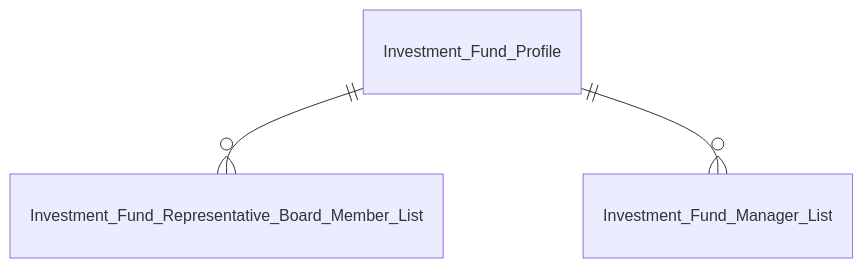
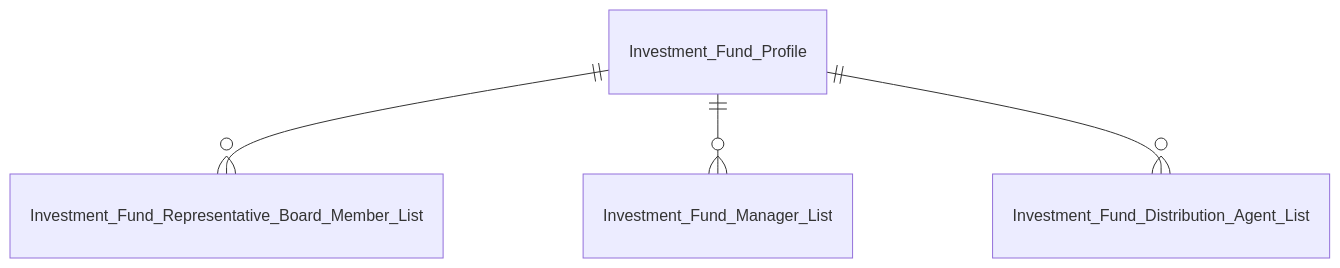
Before and after one commit to linhlvit/ubck_atomic_design: the fifth of 9 diagrams in Datamart/hld/DTM_QLQ_Entities.md, drawn with Mermaid. The commit also changed other lines of this file and 17 other files, not shown here.

````diff
--- a/Datamart/hld/DTM_QLQ_Entities.md
+++ b/Datamart/hld/DTM_QLQ_Entities.md
@@ -108,5 +108,6 @@
 ```mermaid
 erDiagram
     Investment_Fund_Profile ||--o{ Investment_Fund_Representative_Board_Member_List : " "
     Investment_Fund_Profile ||--o{ Investment_Fund_Manager_List : " "
+    Investment_Fund_Profile ||--o{ Investment_Fund_Distribution_Agent_List : " "
 ```
````
